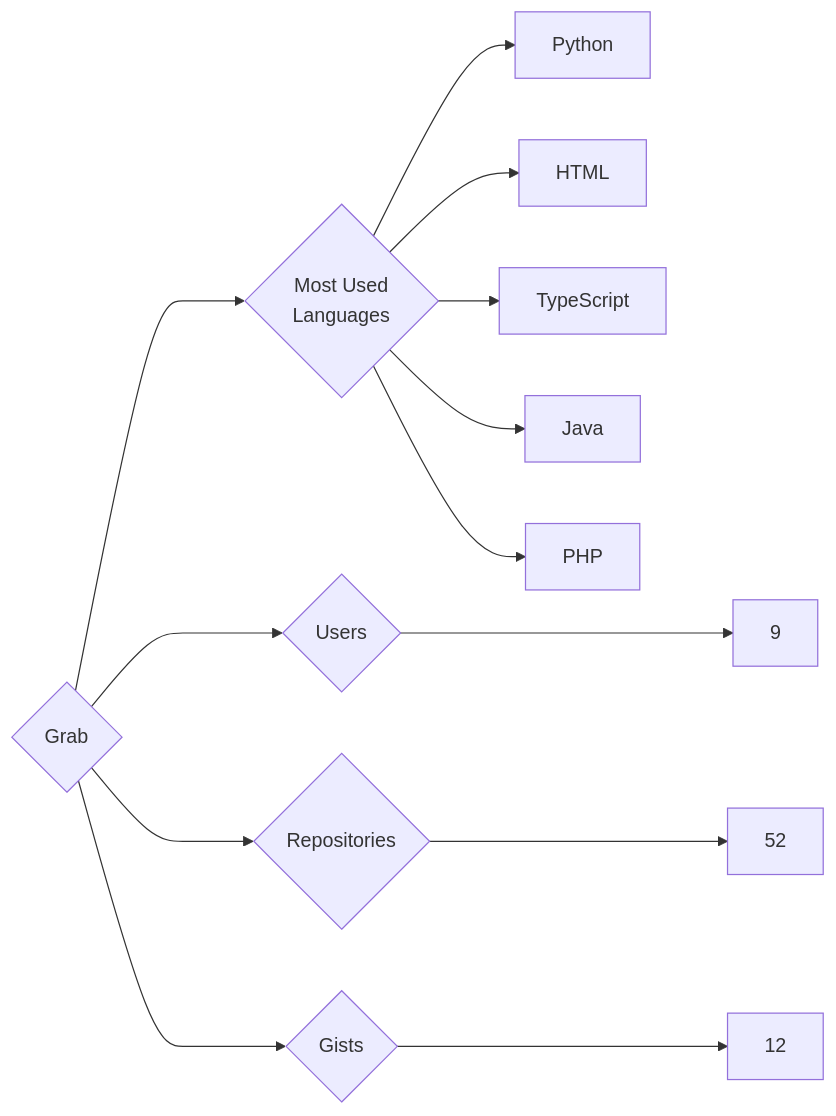
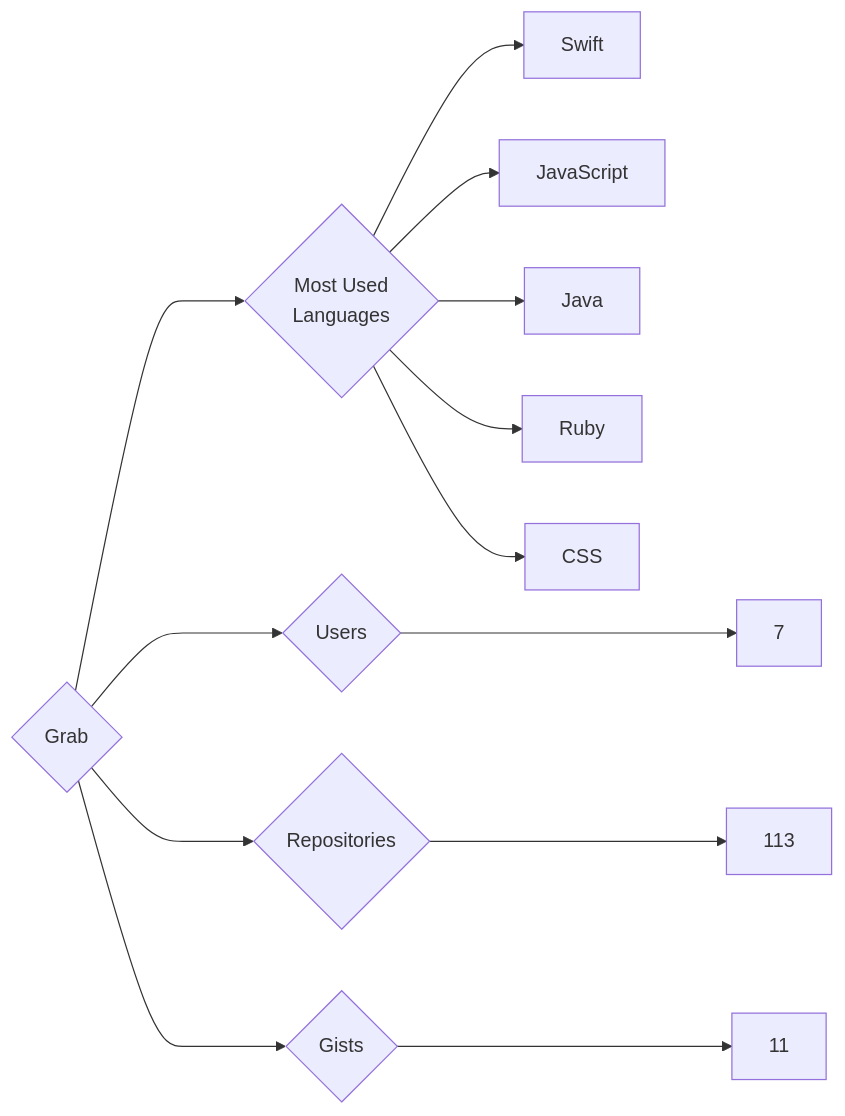
Before and after one commit to trickest/insiders: the diagram in targets/Grab/README.md, drawn with Mermaid. The commit also changed 933 other files, not shown here.

````diff
--- a/targets/Grab/README.md
+++ b/targets/Grab/README.md
@@ -3,13 +3,13 @@
 ```mermaid
 graph LR
 COMPANY_NAME{Grab}
-COMPANY_NAME ---> U{Users} ---> UN[9]
-COMPANY_NAME ---> R{Repositories} ---> RN[52]
-COMPANY_NAME ---> G{Gists} ---> GN[12]
+COMPANY_NAME ---> U{Users} ---> UN[7]
+COMPANY_NAME ---> R{Repositories} ---> RN[113]
+COMPANY_NAME ---> G{Gists} ---> GN[11]
 COMPANY_NAME ---> ML{Most Used<br>Languages}
-ML --> Python[Python]
-ML --> HTML[HTML]
-ML --> TypeScript[TypeScript]
+ML --> Swift[Swift]
+ML --> JavaScript[JavaScript]
 ML --> Java[Java]
-ML --> PHP[PHP]
+ML --> Ruby[Ruby]
+ML --> CSS[CSS]
 ```
````
